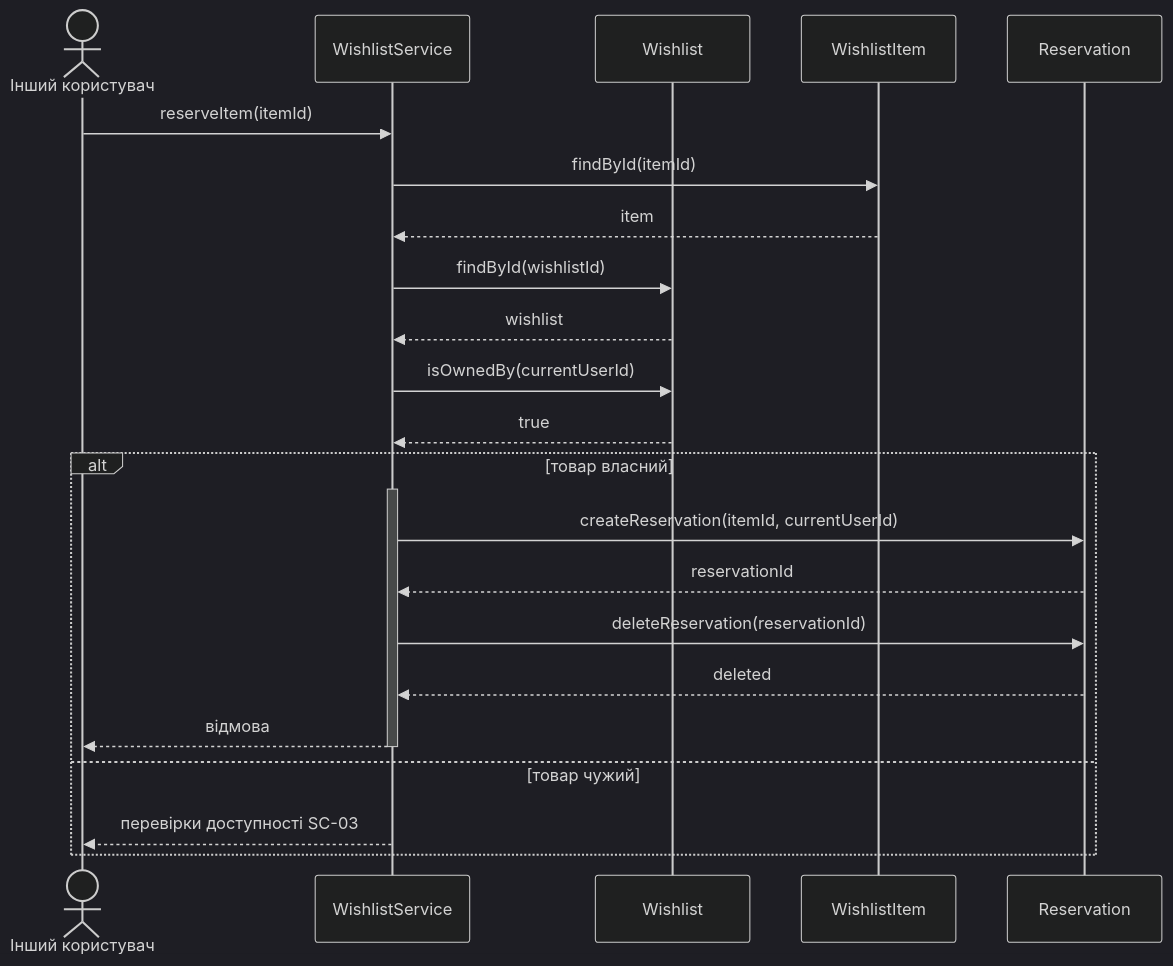
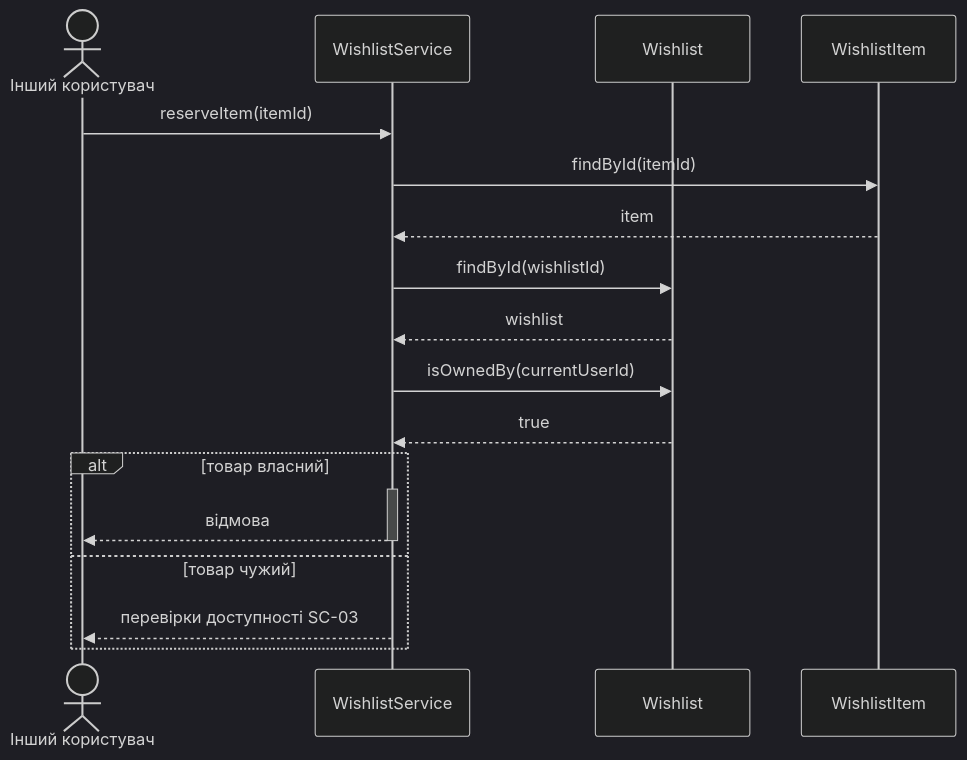
One commit to mariiahosp/kpi-labs changed the diagram in lab3/sc-04-reserve-own-item.md. Above: the diagram before and after it, drawn with Mermaid (dark theme).

Commit message:
fix: reject own-item reserve without creating reservation

````diff
--- a/lab3/sc-04-reserve-own-item.md
+++ b/lab3/sc-04-reserve-own-item.md
@@ -3,28 +3,23 @@
 ```mermaid
 sequenceDiagram
     actor User as Інший користувач
     participant S as WishlistService
     participant W as Wishlist
     participant Item as WishlistItem
-    participant R as Reservation
 
     User->>S: reserveItem(itemId)
     S->>Item: findById(itemId)
     Item-->>S: item
     S->>W: findById(wishlistId)
     W-->>S: wishlist
     S->>W: isOwnedBy(currentUserId)
     W-->>S: true
 
     alt товар власний
         activate S
-        S->>R: createReservation(itemId, currentUserId)
-        R-->>S: reservationId
-        S->>R: deleteReservation(reservationId)
-        R-->>S: deleted
         S-->>User: відмова
         deactivate S
     else товар чужий
         S-->>User: перевірки доступності SC-03
     end
 ```
````
